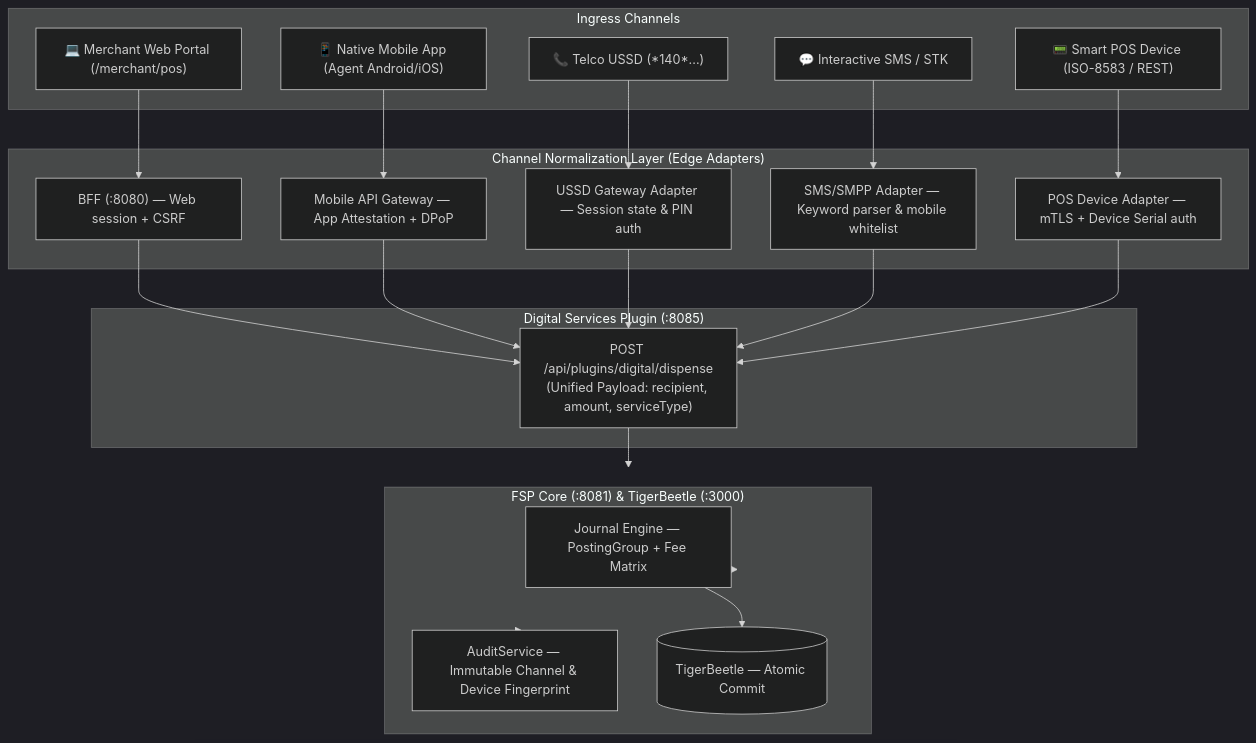
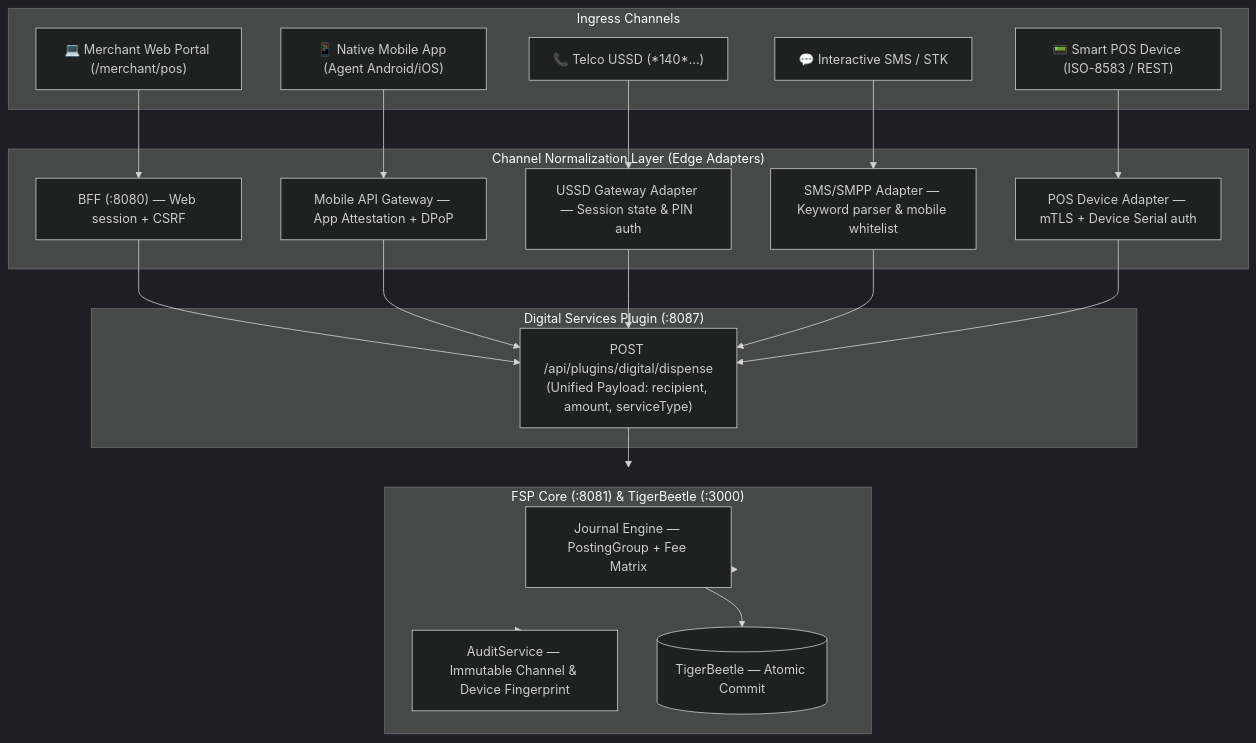
One commit to FathimaBadar/FinancialServicesPlatform changed the third of 3 diagrams in docs/inventory-and-services-script-steps.md. Above: the diagram before and after it, drawn with Mermaid (dark theme). The commit also changed other lines of this file and 54 other files, not shown here.

First line of the commit message:
feat: add comprehensive architecture plan for bank connectors, bill payments, PSP & EMI services

````diff
--- a/docs/inventory-and-services-script-steps.md
+++ b/docs/inventory-and-services-script-steps.md
@@ -343,38 +343,38 @@
 ```mermaid
 flowchart TD
     subgraph Channels["Ingress Channels"]
         Web["💻 Merchant Web Portal (/merchant/pos)"]
         App["📱 Native Mobile App (Agent Android/iOS)"]
         USSD["📞 Telco USSD (*140*...)"]
         SMS["💬 Interactive SMS / STK"]
         POS["📟 Smart POS Device (ISO-8583 / REST)"]
     end
 
     subgraph Adapters["Channel Normalization Layer (Edge Adapters)"]
         BFF["BFF (:8080) — Web session + CSRF"]
         AppGW["Mobile API Gateway — App Attestation + DPoP"]
         USSDAdp["USSD Gateway Adapter — Session state & PIN auth"]
         SMSAdp["SMS/SMPP Adapter — Keyword parser & mobile whitelist"]
         POSAdp["POS Device Adapter — mTLS + Device Serial auth"]
     end
 
-    subgraph CanonicalService["Digital Services Plugin (:8085)"]
+    subgraph CanonicalService["Digital Services Plugin (:8087)"]
         API["POST /api/plugins/digital/dispense<br/>(Unified Payload: recipient, amount, serviceType)"]
     end
 
     subgraph Core["FSP Core (:8081) & TigerBeetle (:3000)"]
         JE["Journal Engine — PostingGroup + Fee Matrix"]
         AUD["AuditService — Immutable Channel & Device Fingerprint"]
         TB[("TigerBeetle — Atomic Commit")]
     end
 
     Web --> BFF --> API
     App --> AppGW --> API
     USSD --> USSDAdp --> API
     SMS --> SMSAdp --> API
     POS --> POSAdp --> API
 
     API --> Core
     Core --> JE --> TB
     Core --> AUD
 ```
````
